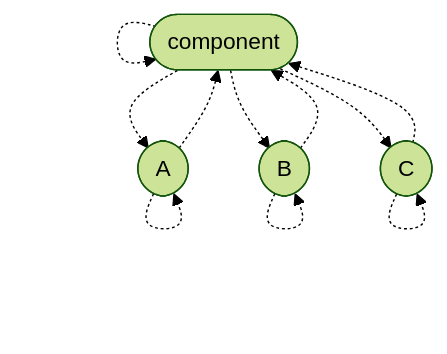
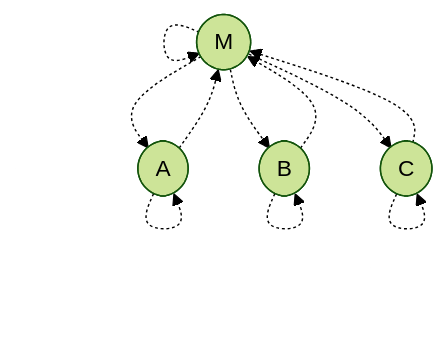
Before and after one commit to stepchowfun/proofs: the ninth of 9 diagrams in proofs/AdmissibilityGraph/README.md, drawn with Mermaid (forest theme). The commit also changed other lines of this file, not shown here.

Commit message:
Replace the examples in the admissibility graph development

````diff
--- a/proofs/AdmissibilityGraph/README.md
+++ b/proofs/AdmissibilityGraph/README.md
@@ -367,18 +210,19 @@
 ```mermaid
 flowchart TD
-  m([component])
+  m([M])
   a([A])
   b([B])
   c([C])
 
   m -.-> m
   a -.-> a
   b -.-> b
   c -.-> c
+
   m -.-> a
+  a -.-> m
   m -.-> b
+  b -.-> m
   m -.-> c
-  a -.-> m
-  b -.-> m
   c -.-> m
 ```
````
